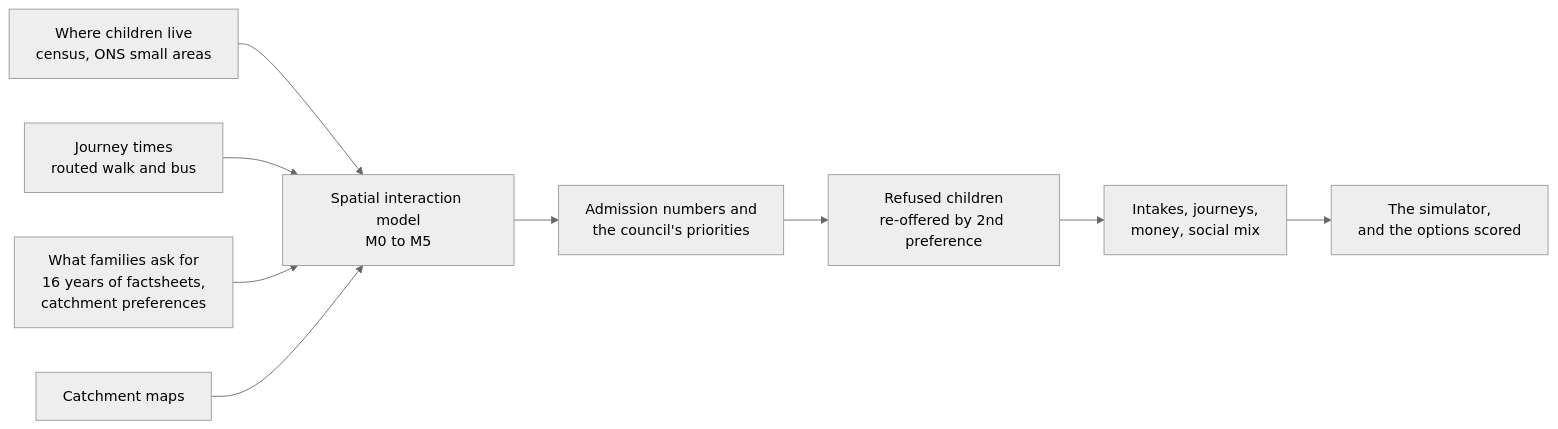
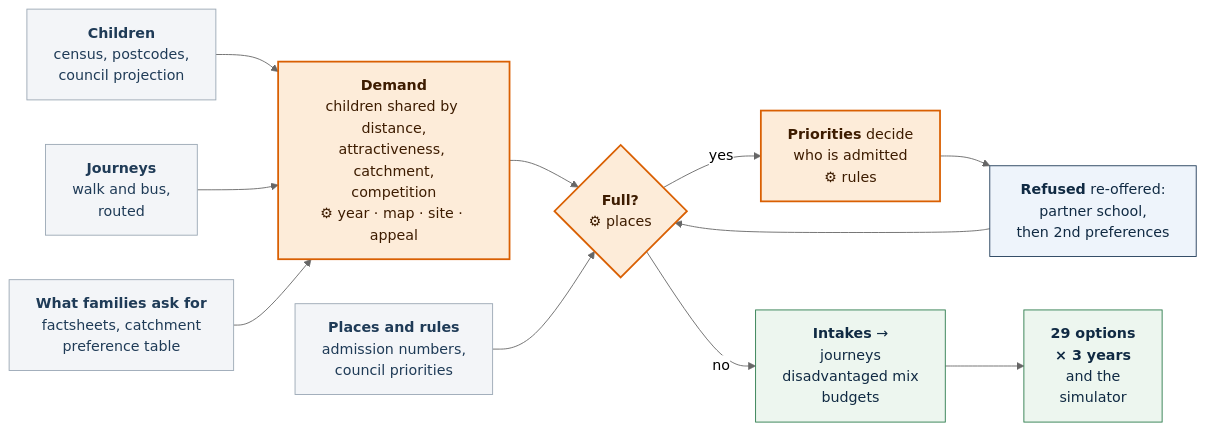
One commit to adamdennett/bh-school-system changed the first of 2 diagrams in slides.qmd. Above: the diagram before and after it, drawn with Mermaid (neutral theme). The commit also changed other lines of this file and 28 other files, not shown here.

````diff
--- a/slides.qmd
+++ b/slides.qmd
@@ -263,11 +265,26 @@
 ```{mermaid}
+%%| fig-width: 12
 flowchart LR
-  A["Where children live<br/>census, ONS small areas"] --> M
-  B["Journey times<br/>routed walk and bus"] --> M
-  C["What families ask for<br/>16 years of factsheets,<br/>catchment preferences"] --> M
-  D["Catchment maps"] --> M
-  M["Spatial interaction model<br/>M0 to M5"] --> R["Admission numbers and<br/>the council's priorities"]
-  R --> S["Refused children<br/>re-offered by 2nd preference"]
-  S --> O["Intakes, journeys,<br/>money, social mix"]
-  O --> P["The simulator,<br/>and the options scored"]
+  d1["<b>Children</b><br/>census, postcodes,<br/>council projection"]
+  d2["<b>Journeys</b><br/>walk and bus,<br/>routed"]
+  d3["<b>What families ask for</b><br/>factsheets, catchment<br/>preference table"]
+  d4["<b>Places and rules</b><br/>admission numbers,<br/>council priorities"]
+  m["<b>Demand</b><br/>children shared by distance,<br/>attractiveness, catchment,<br/>competition<br/>⚙ year · map · site · appeal"]
+  c{"<b>Full?</b><br/>⚙ places"}
+  p["<b>Priorities</b> decide<br/>who is admitted<br/>⚙ rules"]
+  r["<b>Refused</b> re-offered:<br/>partner school,<br/>then 2nd preferences"]
+  f["<b>Intakes</b> →<br/>journeys<br/>disadvantaged mix<br/>budgets"]
+  s["<b>29 options<br/>× 3 years</b><br/>and the<br/>simulator"]
+  d1 & d2 & d3 --> m --> c
+  d4 --> c
+  c -- yes --> p --> r --> c
+  c -- no --> f --> s
+  classDef data fill:#f3f5f8,stroke:#9aa7b4,color:#1f3b57;
+  classDef ctl fill:#fdecd9,stroke:#d95f02,stroke-width:2px,color:#3d1c00;
+  classDef run fill:#eef4fb,stroke:#1f3b57,color:#102a43;
+  classDef out fill:#edf6ef,stroke:#2b7a4b,color:#102a43;
+  class d1,d2,d3,d4 data;
+  class m,c,p ctl;
+  class r run;
+  class f,s out;
 ```
````
